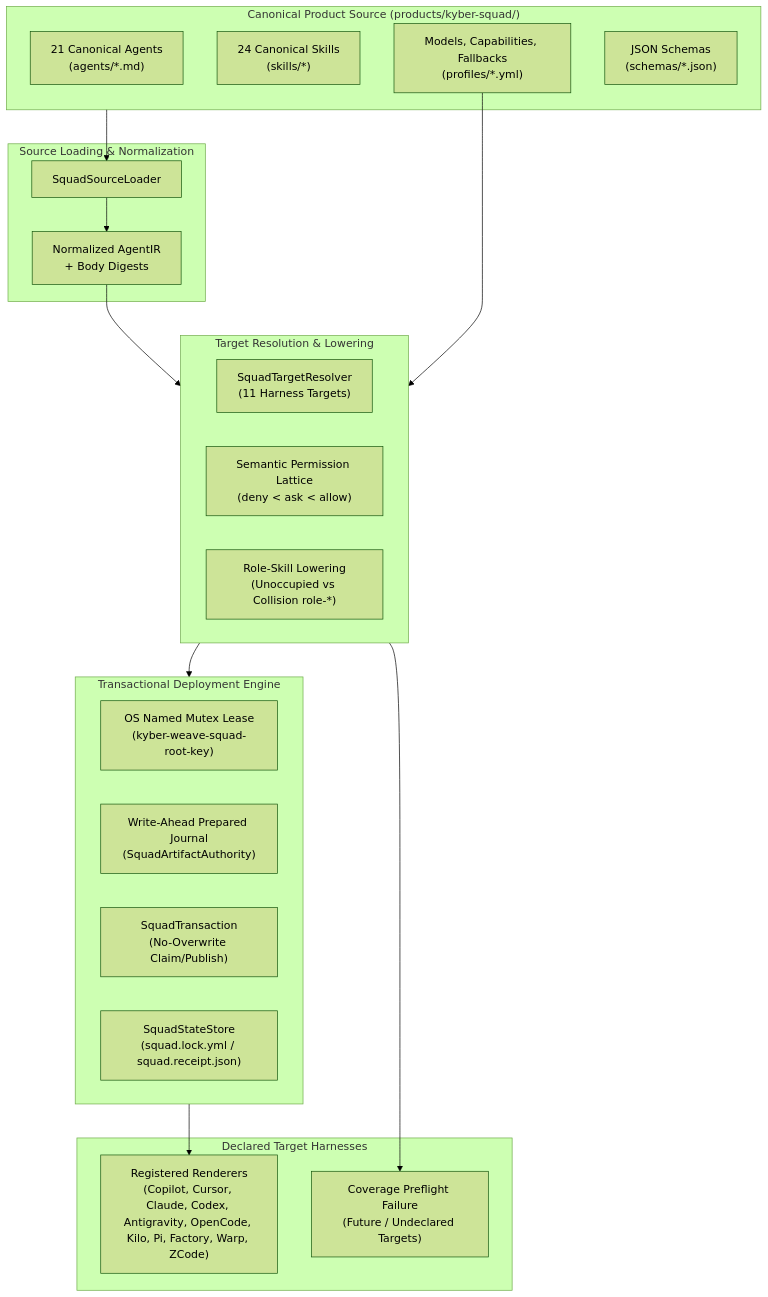
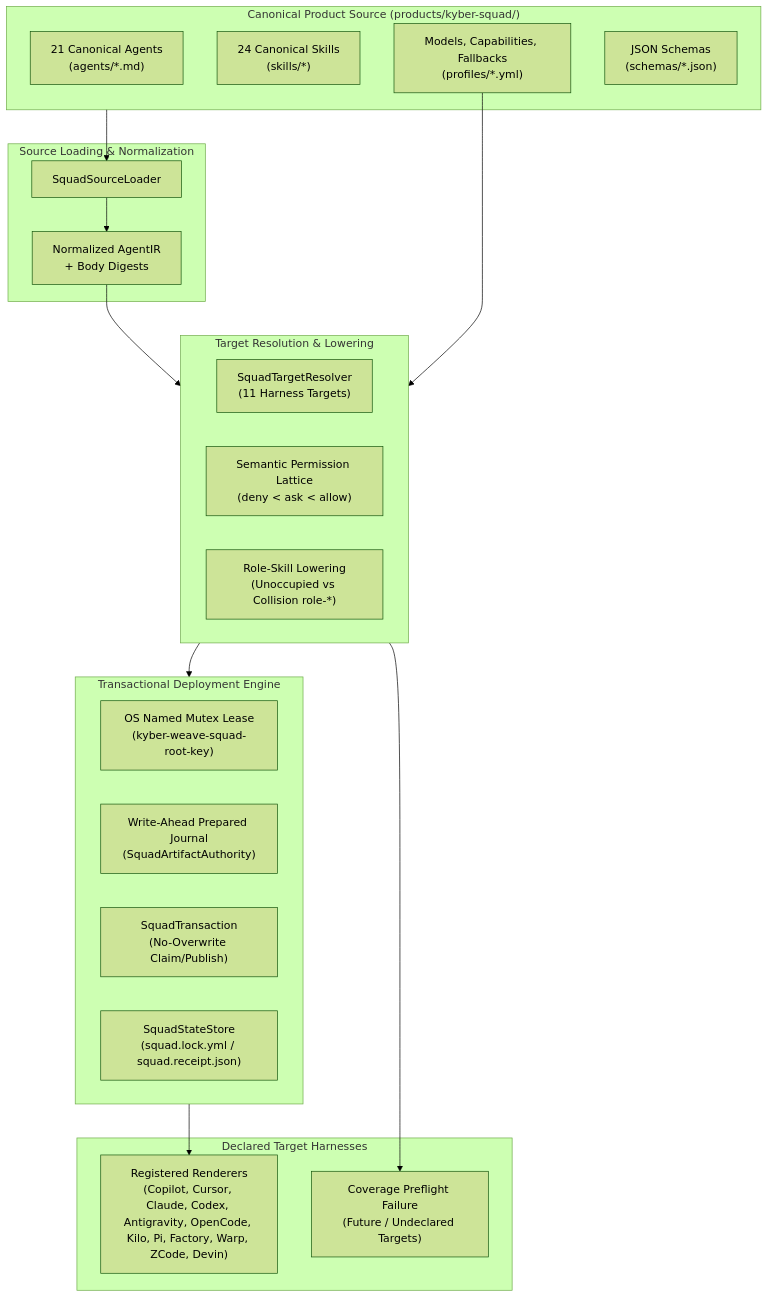
One commit to dpalfery/kyber-weave changed the first of 4 diagrams in docs/kyber-squad/architecture.md. Above: the diagram before and after it, drawn with Mermaid (forest theme). The commit also changed other lines of this file and 19 other files, not shown here.

````diff
--- a/docs/kyber-squad/architecture.md
+++ b/docs/kyber-squad/architecture.md
@@ -50,40 +51,40 @@
 ```mermaid
 flowchart TD
     subgraph CanonicalSource["Canonical Product Source (products/kyber-squad/)"]
         Agents["21 Canonical Agents\n(agents/*.md)"]
         Skills["24 Canonical Skills\n(skills/*)"]
         Profiles["Models, Capabilities, Fallbacks\n(profiles/*.yml)"]
         Schemas["JSON Schemas\n(schemas/*.json)"]
     end
 
     subgraph Loader["Source Loading & Normalization"]
         SquadSourceLoader["SquadSourceLoader"]
         AgentIR["Normalized AgentIR\n+ Body Digests"]
     end
 
     subgraph Compiler["Target Resolution & Lowering"]
         SquadTargetResolver["SquadTargetResolver\n(11 Harness Targets)"]
         Lattice["Semantic Permission Lattice\n(deny < ask < allow)"]
         Lowering["Role-Skill Lowering\n(Unoccupied vs Collision role-*)"]
     end
 
     subgraph DeploymentEngine["Transactional Deployment Engine"]
         Mutex["OS Named Mutex Lease\n(kyber-weave-squad-root-key)"]
         Journal["Write-Ahead Prepared Journal\n(SquadArtifactAuthority)"]
         Transaction["SquadTransaction\n(No-Overwrite Claim/Publish)"]
         StateStore["SquadStateStore\n(squad.lock.yml / squad.receipt.json)"]
     end
 
     subgraph TargetHarnesses["Declared Target Harnesses"]
-        RegisteredTargets["Registered Renderers\n(Copilot, Cursor, Claude, Codex, Antigravity, OpenCode, Kilo, Pi, Factory, Warp, ZCode)"]
+        RegisteredTargets["Registered Renderers\n(Copilot, Cursor, Claude, Codex, Antigravity, OpenCode, Kilo, Pi, Factory, Warp, ZCode, Devin)"]
         UnsupportedTargets["Coverage Preflight Failure\n(Future / Undeclared Targets)"]
     end
 
     CanonicalSource --> SquadSourceLoader
     SquadSourceLoader --> AgentIR
     AgentIR --> Compiler
     Profiles --> Compiler
     Compiler --> DeploymentEngine
     DeploymentEngine --> RegisteredTargets
     Compiler --> UnsupportedTargets
 ```
````
